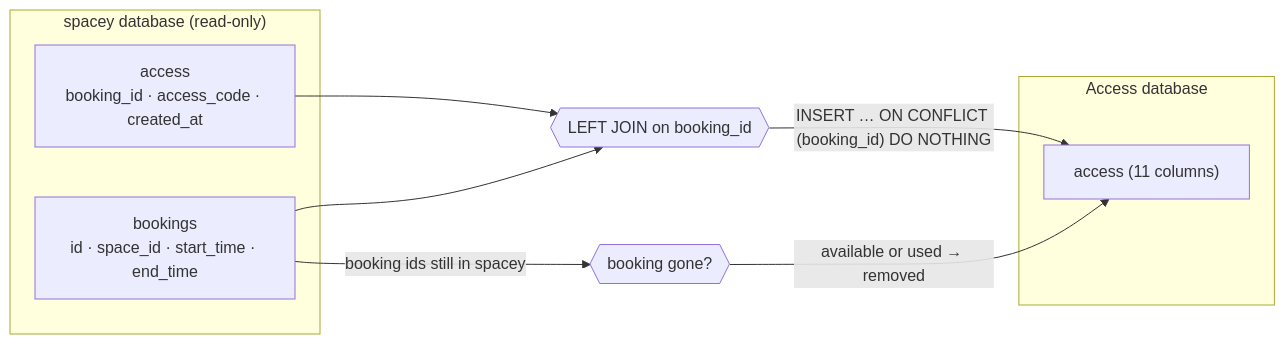
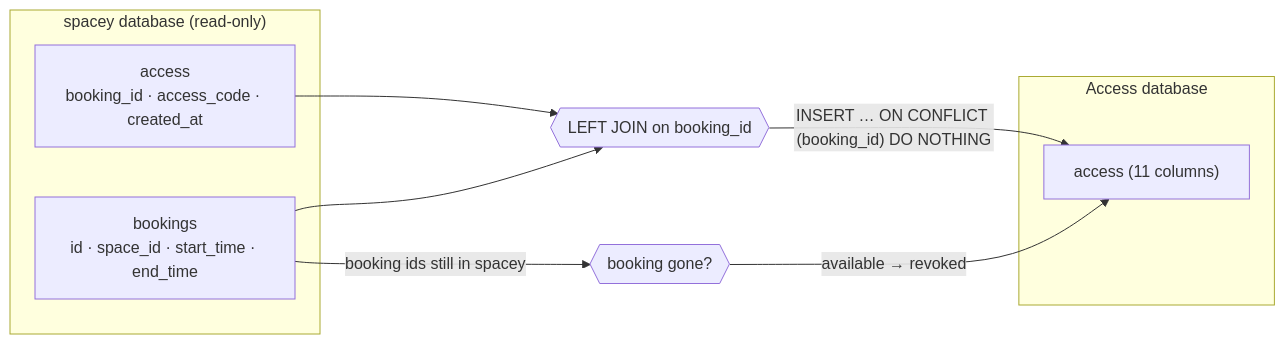
Before and after one commit to cs403bkk-2026/spacey-access: the diagram in docs/production-data-migration.md, drawn with Mermaid. The commit also changed other lines of this file and 16 other files, not shown here.

````diff
--- a/docs/production-data-migration.md
+++ b/docs/production-data-migration.md
@@ -9,15 +9,15 @@
 ```mermaid
 flowchart LR
     subgraph SRC["spacey database (read-only)"]
         SA["access<br/>booking_id · access_code · created_at"]
         SB["bookings<br/>id · space_id · start_time · end_time"]
     end
     subgraph TGT["Access database"]
         TA["access (11 columns)"]
     end
     SA --> J{{"LEFT JOIN on booking_id"}}
     SB --> J
     J -->|"INSERT … ON CONFLICT (booking_id) DO NOTHING"| TA
     SB -->|"booking ids still in spacey"| R{{"booking gone?"}}
-    R -->|"available or used → removed"| TA
+    R -->|"available → revoked"| TA
 ```
````
